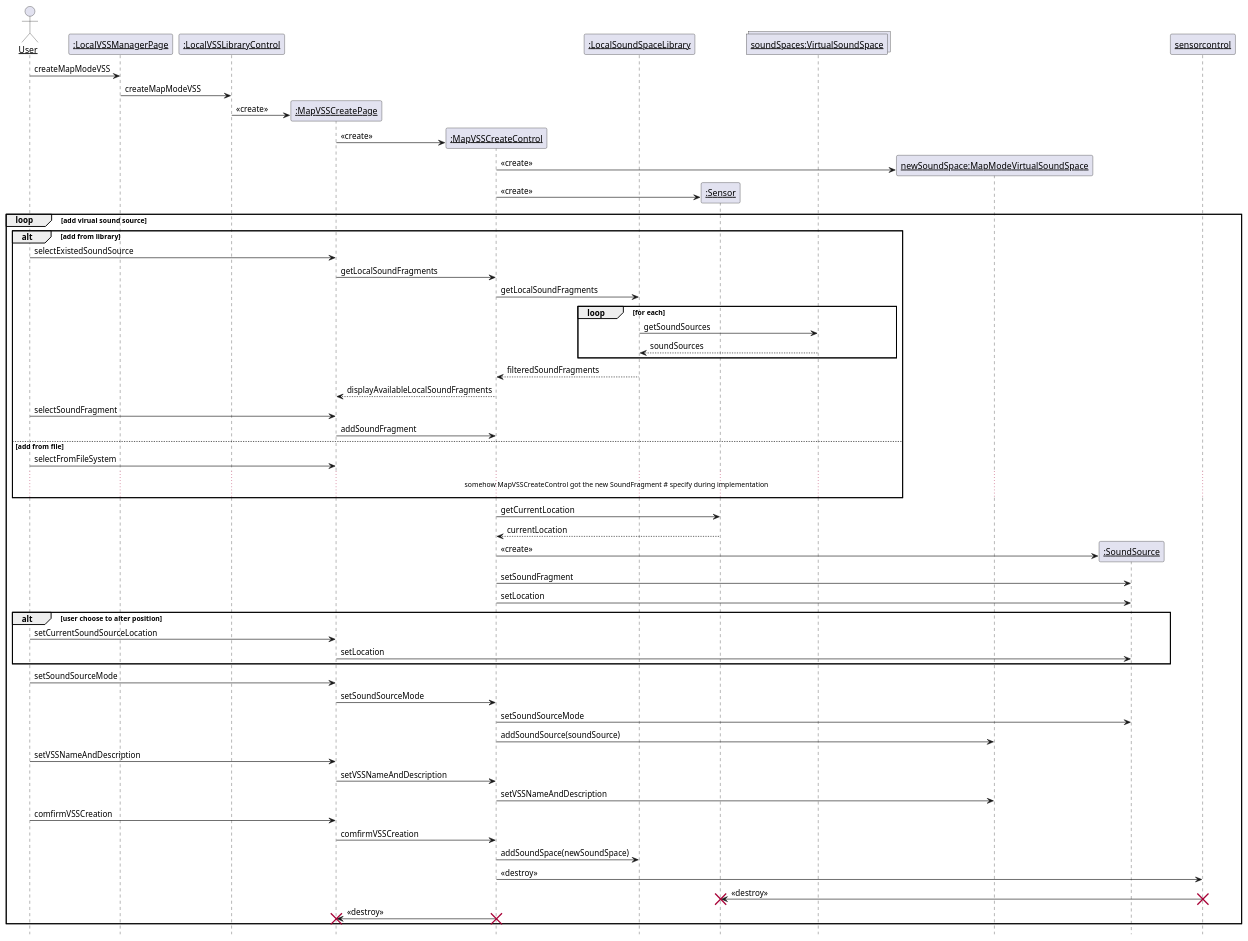
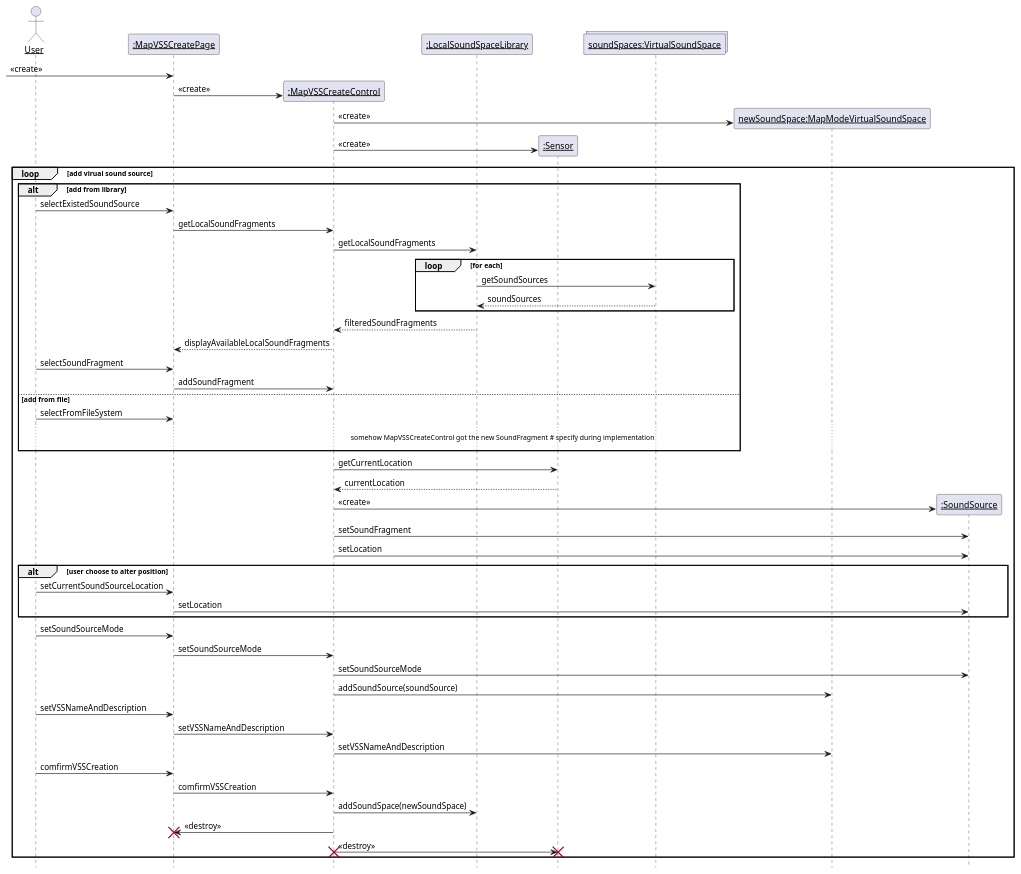
Before and after one commit to kpp19920121/doc: the fifth of 20 diagrams in 需求定义和分析/SeqDiagram.md, drawn with PlantUML. The commit also changed other lines of this file and 17 other files, not shown here.

````diff
--- a/需求定义和分析/SeqDiagram.md
+++ b/需求定义和分析/SeqDiagram.md
@@ -164,82 +184,74 @@
 ```PlantUML
 @startuml CreateMapModeVSS
 hide footbox
 skinparam sequenceParticipant underline
 
 
 actor User as user
-participant ":LocalVSSManagerPage" as boundary
-participant ":LocalVSSLibraryControl" as control
 participant ":MapVSSCreatePage" as createboundary
 participant ":MapVSSCreateControl" as createcontrol
 participant ":LocalSoundSpaceLibrary" as library
 participant ":Sensor" as sensor
 collections "soundSpaces:VirtualSoundSpace" as vsses
 participant "newSoundSpace:MapModeVirtualSoundSpace" as newspace
 
 
-
-user -> boundary: createMapModeVSS
-boundary -> control: createMapModeVSS
-create createboundary
-control -> createboundary: <<create>>
+[-> createboundary: <<create>>
 create createcontrol
 createboundary -> createcontrol: <<create>>
 create newspace
 createcontrol -> newspace: <<create>>
 create sensor
 createcontrol -> sensor: <<create>>
 loop add virual sound source
     alt add from library
         user -> createboundary: selectExistedSoundSource
         createboundary -> createcontrol: getLocalSoundFragments
         createcontrol -> library: getLocalSoundFragments
         loop for each
             library -> vsses: getSoundSources
             vsses --> library: soundSources
         end
         library --> createcontrol: filteredSoundFragments
         createcontrol --> createboundary: displayAvailableLocalSoundFragments
         user -> createboundary: selectSoundFragment
         createboundary -> createcontrol: addSoundFragment
     else add from file
         user -> createboundary: selectFromFileSystem
         ...somehow MapVSSCreateControl got the new SoundFragment # specify during implementation...
 
     end
 
     createcontrol -> sensor: getCurrentLocation
     sensor --> createcontrol: currentLocation
 
     participant ":SoundSource" as source
     create source
     createcontrol -> source: <<create>>
     createcontrol -> source: setSoundFragment
     createcontrol -> source: setLocation
 
     alt user choose to alter position
         user -> createboundary: setCurrentSoundSourceLocation
         createboundary -> source: setLocation
     end
     user -> createboundary: setSoundSourceMode
     createboundary -> createcontrol: setSoundSourceMode
     createcontrol -> source: setSoundSourceMode
     createcontrol -> newspace: addSoundSource(soundSource)
     user -> createboundary: setVSSNameAndDescription
     createboundary -> createcontrol: setVSSNameAndDescription
     createcontrol -> newspace: setVSSNameAndDescription
     user -> createboundary: comfirmVSSCreation
     createboundary -> createcontrol: comfirmVSSCreation
     createcontrol -> library: addSoundSpace(newSoundSpace)
-    createcontrol -> sensorcontrol: <<destroy>>
-    sensorcontrol -> sensor: <<destroy>>
-    destroy sensorcontrol
-    destroy sensor
     createcontrol -> createboundary: <<destroy>>
     destroy createboundary
+    createcontrol -> sensor: <<destroy>>
+    destroy sensor
     destroy createcontrol
 
 
 end
 @enduml
 ```
````
